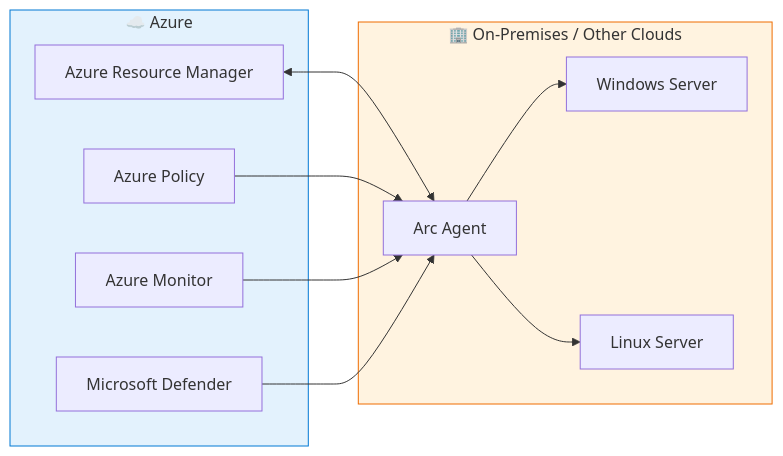
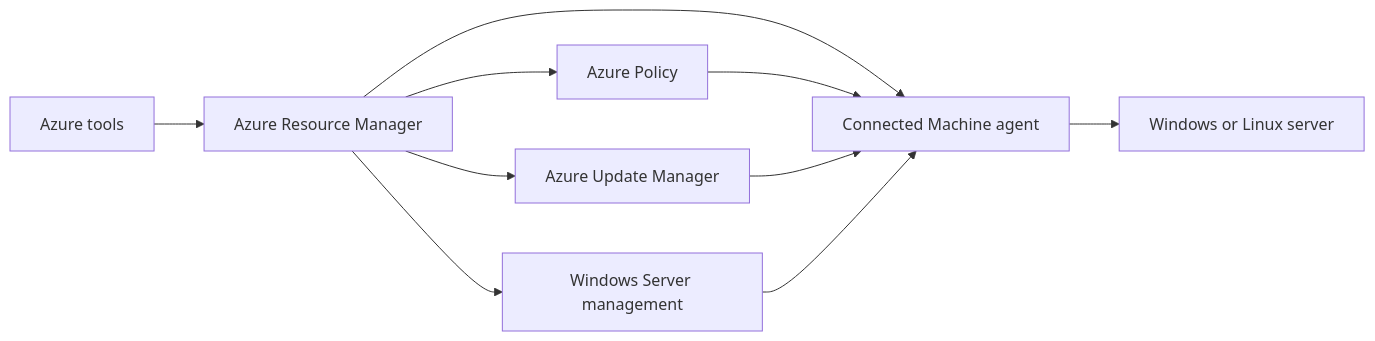
One commit to jonathan-vella/microsoft-sovereign-cloud-brain-trek changed the diagram in site/src/content/docs/level-100/module-04-azure-arc/azure-arc-servers.mdx. Above: the diagram before and after it, drawn with Mermaid. The commit also changed other lines of this file and 5 other files, not shown here.

First line of the commit message:
Rebuild L100 module 4: Azure Arc

````diff
--- a/site/src/content/docs/level-100/module-04-azure-arc/azure-arc-servers.mdx
+++ b/site/src/content/docs/level-100/module-04-azure-arc/azure-arc-servers.mdx
@@ -18,25 +17,12 @@
 ```mermaid
 graph LR
-    subgraph Azure["☁️ Azure"]
-        ARM[Azure Resource Manager]
-        POL[Azure Policy]
-        MON[Azure Monitor]
-        DEF[Microsoft Defender]
-    end
-
-    subgraph OnPrem["🏢 On-Premises / Other Clouds"]
-        AG[Arc Agent]
-        SRV1[Windows Server]
-        SRV2[Linux Server]
-    end
-
-    ARM <--> AG
-    AG --> SRV1
-    AG --> SRV2
-    POL --> AG
-    MON --> AG
-    DEF --> AG
-
-    style Azure fill:#e3f2fd,stroke:#0078d4
-    style OnPrem fill:#fff3e0,stroke:#ef6c00
+  Admin[Azure tools] --> ARM[Azure Resource Manager]
+  ARM --> Agent[Connected Machine agent]
+  Agent --> Server[Windows or Linux server]
+  ARM --> Policy[Azure Policy]
+  ARM --> Update[Azure Update Manager]
+  ARM --> WSM[Windows Server management]
+  Policy --> Agent
+  Update --> Agent
+  WSM --> Agent
 ```
````
